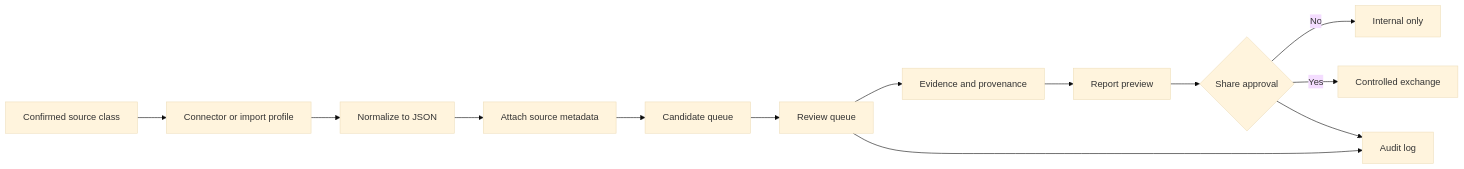
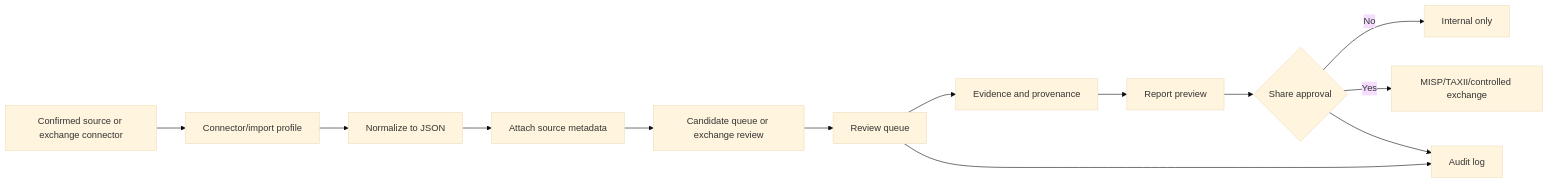
One commit to GJvManen/legolens-core changed the diagram in docs/STANDARDS_AND_FUNCTIONS_V3_0_1.md. Above: the diagram before and after it, drawn with Mermaid (base theme). The commit also changed other lines of this file, not shown here.

````diff
--- a/docs/STANDARDS_AND_FUNCTIONS_V3_0_1.md
+++ b/docs/STANDARDS_AND_FUNCTIONS_V3_0_1.md
@@ -135,15 +224,15 @@
 ```mermaid
 flowchart LR
-    A[Confirmed source class] --> B[Connector or import profile]
+    A[Confirmed source or exchange connector] --> B[Connector/import profile]
     B --> C[Normalize to JSON]
     C --> D[Attach source metadata]
-    D --> E[Candidate queue]
+    D --> E[Candidate queue or exchange review]
     E --> F[Review queue]
     F --> G[Evidence and provenance]
     G --> H[Report preview]
     H --> I{Share approval}
     I -->|No| J[Internal only]
-    I -->|Yes| K[Controlled exchange]
+    I -->|Yes| K[MISP/TAXII/controlled exchange]
     F --> L[Audit log]
     I --> L
 ```
````
